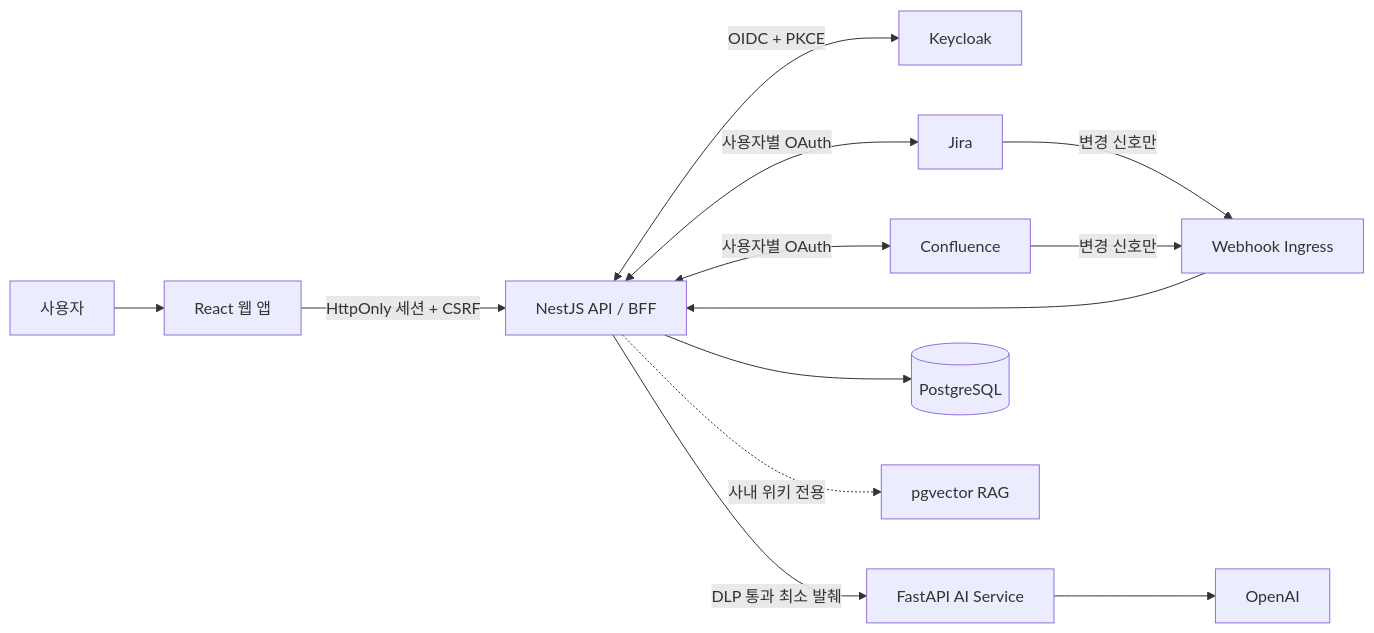
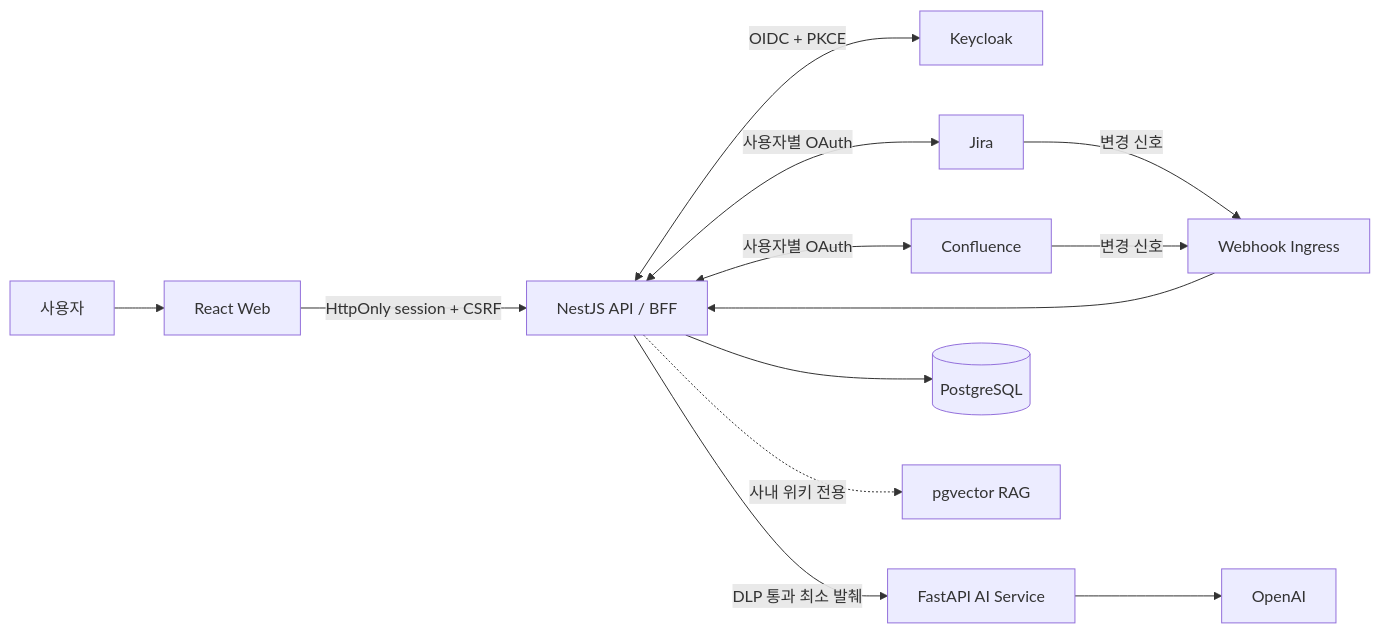
The diagram in README.md (kdh949/work-copilot), drawn with Mermaid before and after one commit. The commit also changed other lines of this file, not shown here.

````diff
--- a/README.md
+++ b/README.md
@@ -45,15 +55,15 @@
 ```mermaid
 flowchart LR
-    U["사용자"] --> W["React 웹 앱"]
-    W -->|"HttpOnly 세션 + CSRF"| API["NestJS API / BFF"]
+    U["사용자"] --> W["React Web"]
+    W -->|"HttpOnly session + CSRF"| API["NestJS API / BFF"]
     API <-->|"OIDC + PKCE"| KC["Keycloak"]
     API <-->|"사용자별 OAuth"| J["Jira"]
     API <-->|"사용자별 OAuth"| C["Confluence"]
-    J -->|"변경 신호만"| WH["Webhook Ingress"]
-    C -->|"변경 신호만"| WH
+    J -->|"변경 신호"| WH["Webhook Ingress"]
+    C -->|"변경 신호"| WH
     WH --> API
     API -->|"DLP 통과 최소 발췌"| AI["FastAPI AI Service"]
     AI --> OAI["OpenAI"]
     API --> DB[("PostgreSQL")]
     API -. "사내 위키 전용" .-> RAG["pgvector RAG"]
 ```
````
